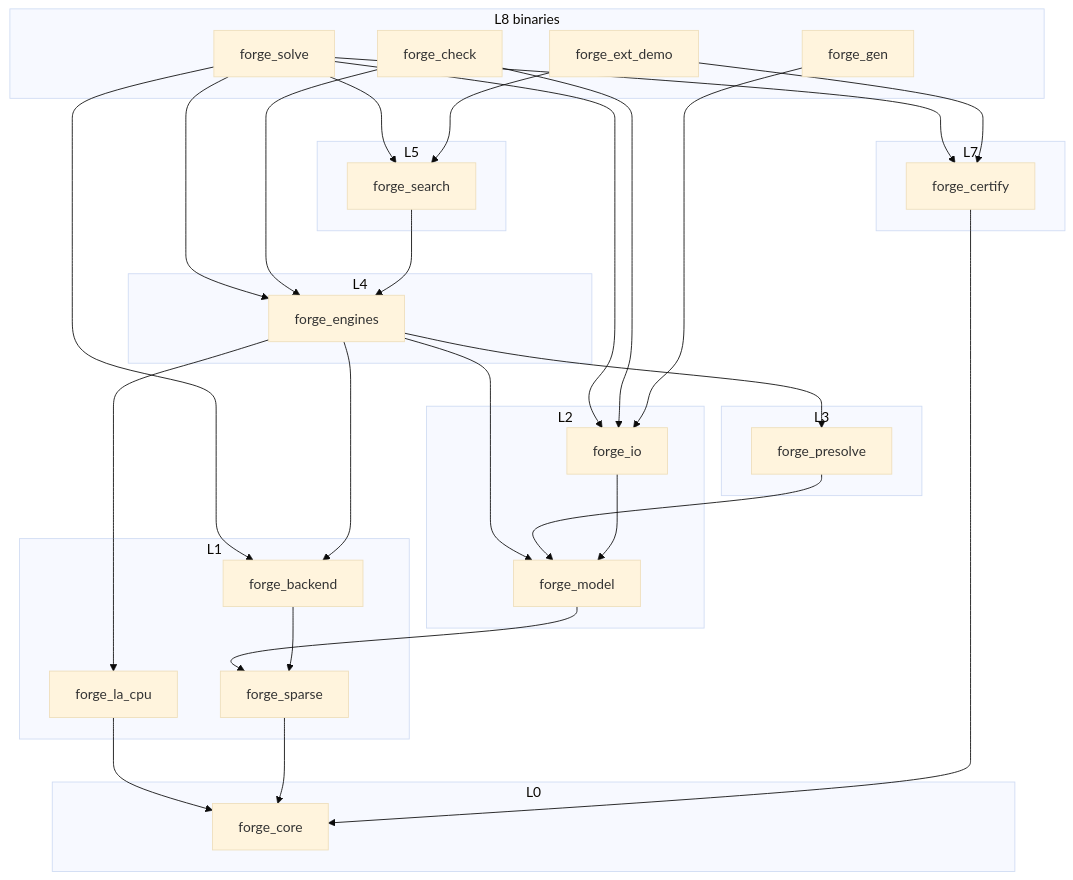
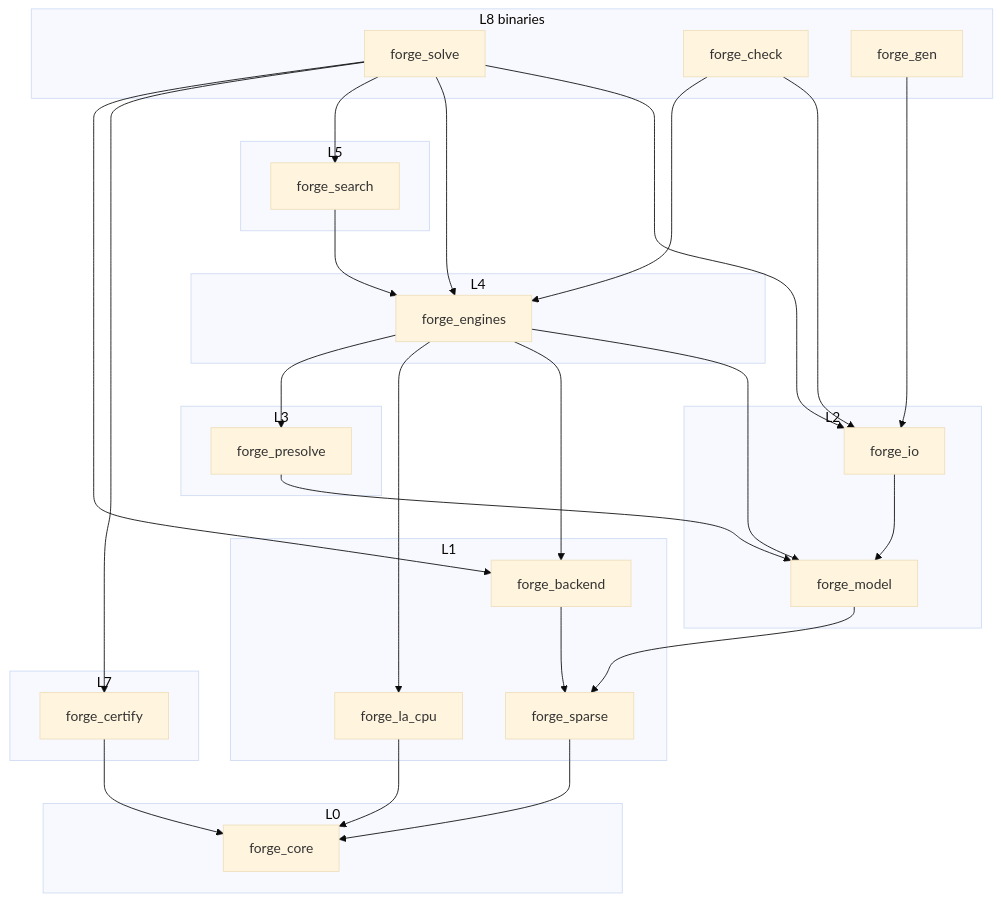
Before and after one commit to YashSuthar983/Forge: the first of 5 diagrams in docs/architecture.md, drawn with Mermaid (base theme). The commit also changed other lines of this file and 59 other files, not shown here.

````diff
--- a/docs/architecture.md
+++ b/docs/architecture.md
@@ -76,56 +80,53 @@
 ```mermaid
 flowchart TB
   subgraph L8["L8 binaries"]
     solve[forge_solve]
     check[forge_check]
     gen[forge_gen]
-    ext[forge_ext_demo]
   end
   subgraph L7["L7"]
     cert[forge_certify]
   end
   subgraph L5["L5"]
     search[forge_search]
   end
   subgraph L4["L4"]
     eng[forge_engines]
   end
   subgraph L3["L3"]
     pre[forge_presolve]
   end
   subgraph L2["L2"]
     io[forge_io]
     model[forge_model]
   end
   subgraph L1["L1"]
     be[forge_backend]
     la[forge_la_cpu]
     sp[forge_sparse]
   end
   subgraph L0["L0"]
     core[forge_core]
   end
 
   solve --> io
   solve --> eng
   solve --> search
   solve --> cert
   solve --> be
   check --> io
   check --> eng
   gen --> io
-  ext --> search
-  ext --> cert
   search --> eng
   eng --> model
   eng --> be
   eng --> la
   eng --> pre
   pre --> model
   io --> model
   model --> sp
   be --> sp
   la --> core
   sp --> core
   cert --> core
 ```
````
